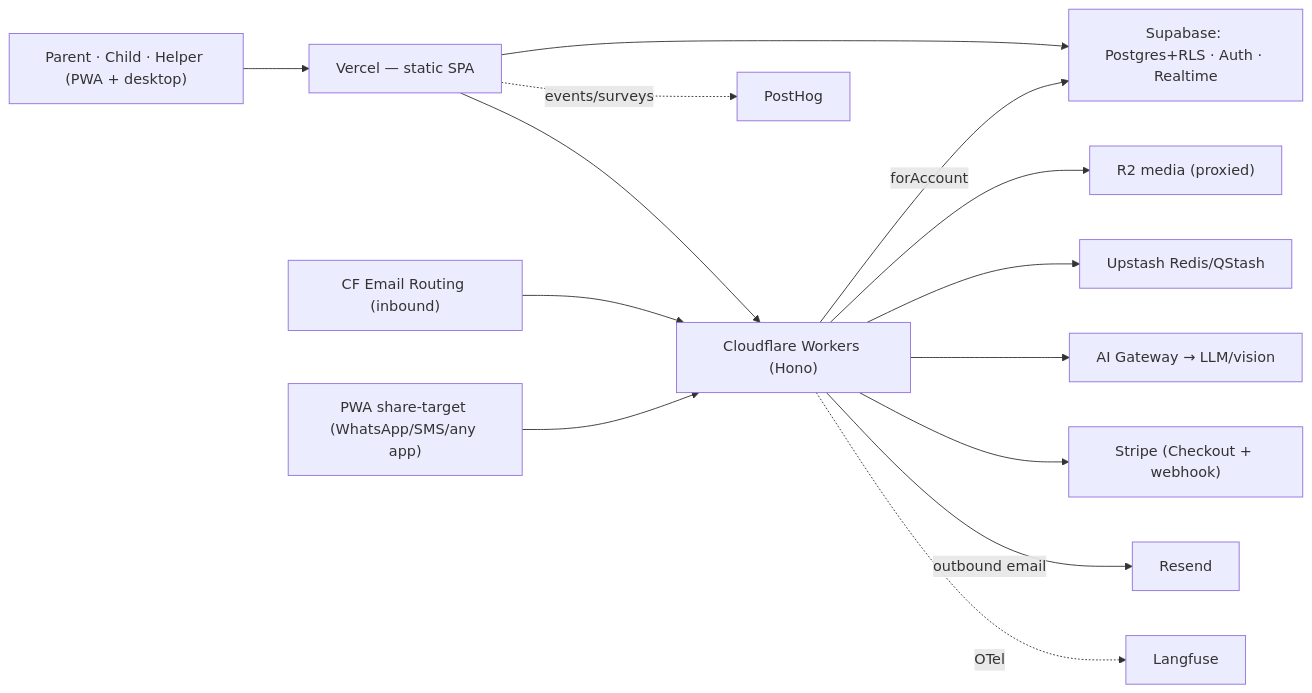
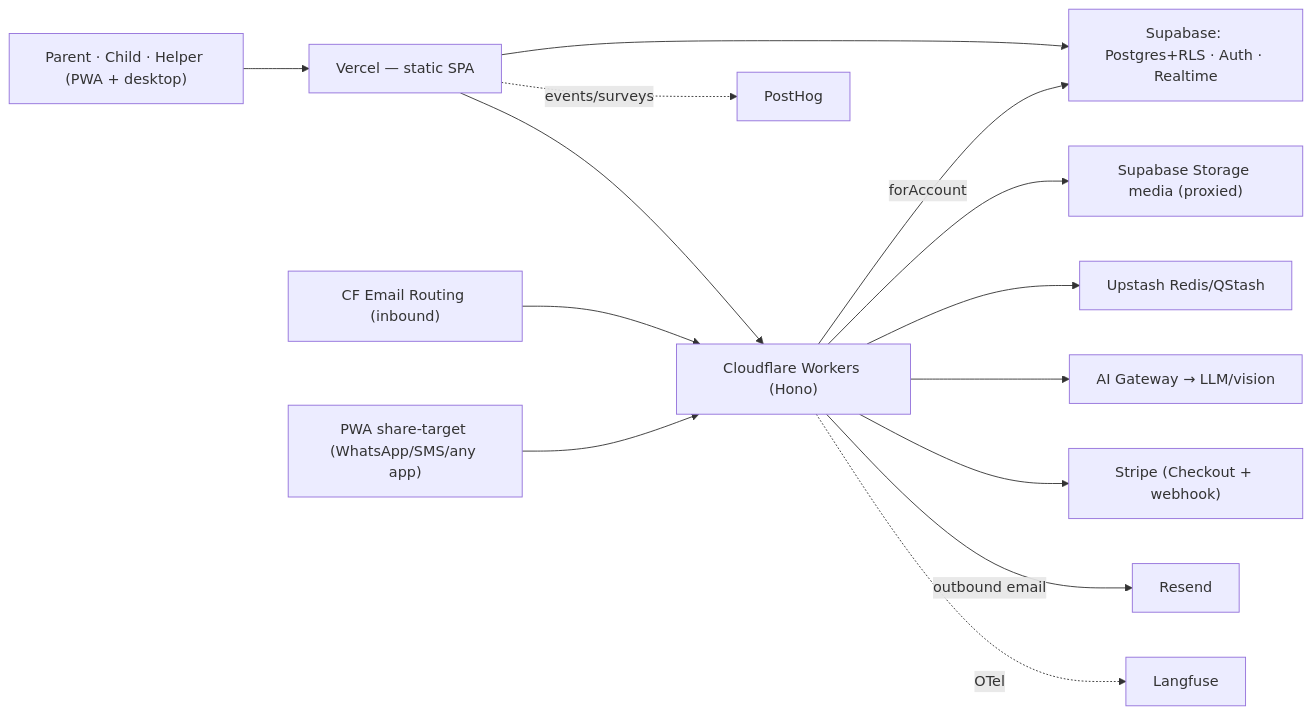
Before and after one commit to dniasoff/myshadchan: the second of 4 diagrams in _bmad-output/planning-artifacts/architecture/architecture-myshadchan-2026-07-21/ARCHITECTURE-SPINE.md, drawn with Mermaid. The commit also changed other lines of this file and 45 other files, not shown here.

````diff
--- a/_bmad-output/planning-artifacts/architecture/architecture-myshadchan-2026-07-21/ARCHITECTURE-SPINE.md
+++ b/_bmad-output/planning-artifacts/architecture/architecture-myshadchan-2026-07-21/ARCHITECTURE-SPINE.md
@@ -233,16 +233,16 @@
 ```mermaid
 graph LR
   U["Parent · Child · Helper (PWA + desktop)"] --> V["Vercel — static SPA"]
   V --> SB["Supabase: Postgres+RLS · Auth · Realtime"]
   V --> W["Cloudflare Workers (Hono)"]
   W -->|forAccount| SB
-  W --> R2["R2 media (proxied)"]
+  W --> STOR["Supabase Storage media (proxied)"]
   W --> UP["Upstash Redis/QStash"]
   W --> AG["AI Gateway → LLM/vision"]
   W --> ST["Stripe (Checkout + webhook)"]
   CFE["CF Email Routing (inbound)"] --> W
   SHR["PWA share-target (WhatsApp/SMS/any app)"] --> W
   W -->|outbound email| RS["Resend"]
   W -.OTel.-> LF["Langfuse"]
   V -.events/surveys.-> PH["PostHog"]
 ```
````
